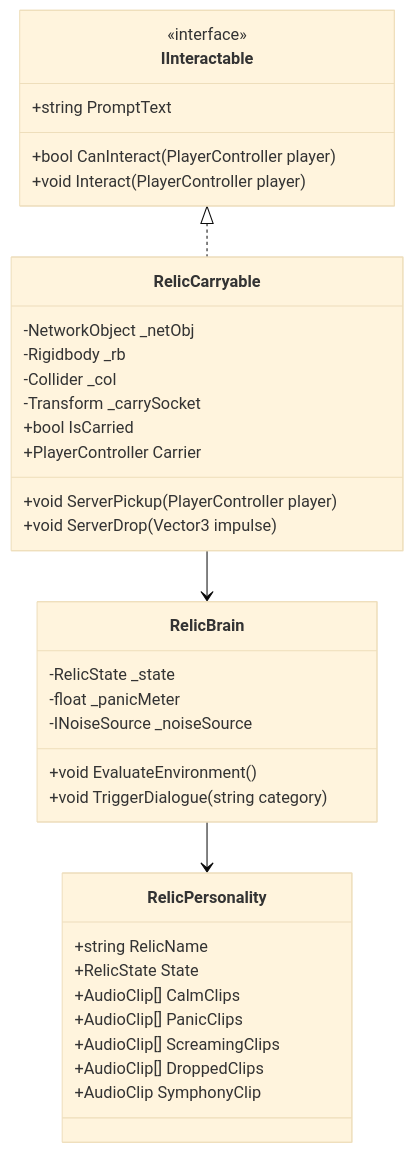
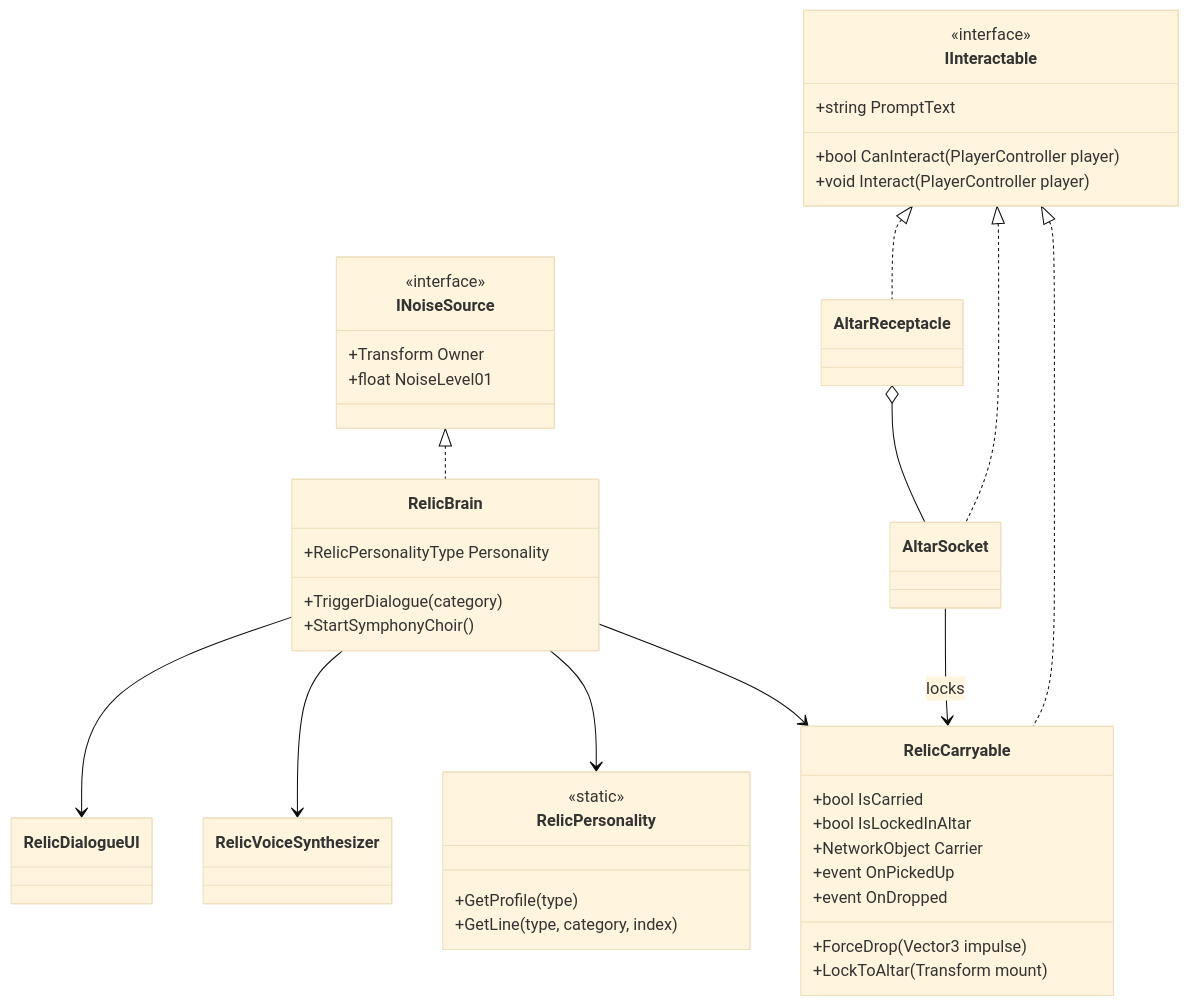
Before and after one commit to DanDavD/EchoGame: the second of 2 diagrams in docs/LIVING_RELICS_DESIGN.md, drawn with Mermaid (base theme). The commit also changed other lines of this file and 26 other files, not shown here.

````diff
--- a/docs/LIVING_RELICS_DESIGN.md
+++ b/docs/LIVING_RELICS_DESIGN.md
@@ -28,42 +28,53 @@
 ```mermaid
 classDiagram
     class IInteractable {
         <<interface>>
         +string PromptText
         +bool CanInteract(PlayerController player)
         +void Interact(PlayerController player)
     }
 
+    class INoiseSource {
+        <<interface>>
+        +Transform Owner
+        +float NoiseLevel01
+    }
+
     class RelicCarryable {
-        -NetworkObject _netObj
-        -Rigidbody _rb
-        -Collider _col
-        -Transform _carrySocket
         +bool IsCarried
-        +PlayerController Carrier
-        +void ServerPickup(PlayerController player)
-        +void ServerDrop(Vector3 impulse)
+        +bool IsLockedInAltar
+        +NetworkObject Carrier
+        +event OnPickedUp
+        +event OnDropped
+        +ForceDrop(Vector3 impulse)
+        +LockToAltar(Transform mount)
+    }
+
+    class RelicBrain {
+        +RelicPersonalityType Personality
+        +TriggerDialogue(category)
+        +StartSymphonyChoir()
     }
 
     class RelicPersonality {
-        +string RelicName
-        +RelicState State
-        +AudioClip[] CalmClips
-        +AudioClip[] PanicClips
-        +AudioClip[] ScreamingClips
-        +AudioClip[] DroppedClips
-        +AudioClip SymphonyClip
+        <<static>>
+        +GetProfile(type)
+        +GetLine(type, category, index)
     }
 
-    class RelicBrain {
-        -RelicState _state
-        -float _panicMeter
-        -INoiseSource _noiseSource
-        +void EvaluateEnvironment()
-        +void TriggerDialogue(string category)
-    }
+    class RelicVoiceSynthesizer
+    class RelicDialogueUI
+    class AltarSocket
+    class AltarReceptacle
 
     IInteractable <|.. RelicCarryable
-    RelicCarryable --> RelicBrain
+    IInteractable <|.. AltarSocket
+    IInteractable <|.. AltarReceptacle
+    INoiseSource <|.. RelicBrain
+    RelicBrain --> RelicCarryable
     RelicBrain --> RelicPersonality
+    RelicBrain --> RelicVoiceSynthesizer
+    RelicBrain --> RelicDialogueUI
+    AltarReceptacle o-- AltarSocket
+    AltarSocket --> RelicCarryable : locks
 ```
````
